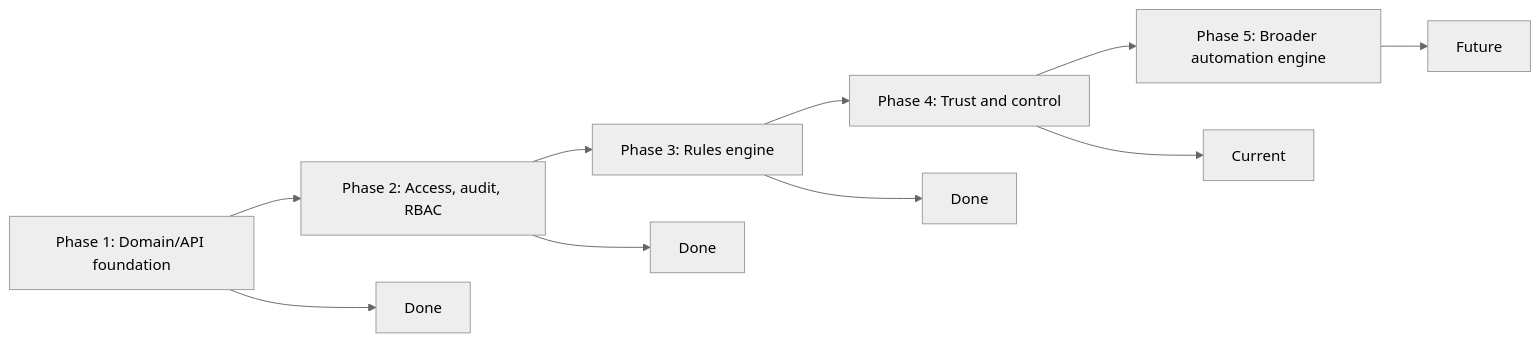
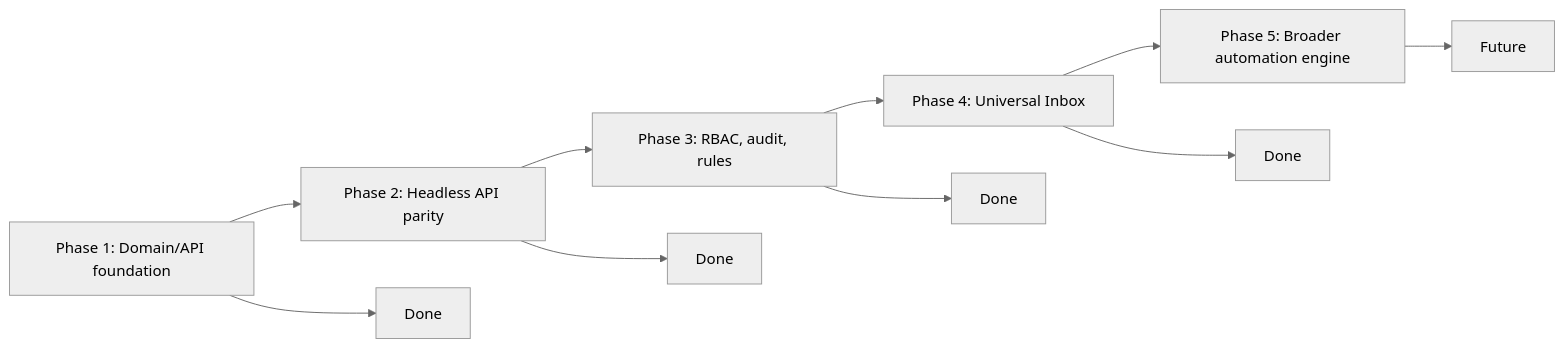
Diagram 14 of 14 in docs/PERSONS_ARCHITECTURE.md (josephdfryer/life-os), drawn with Mermaid (neutral theme) before and after one commit. The commit also changed other lines of this file and 12 other files, not shown here.

First line of the commit message:
feat: universal inbox — stageRecord command, itemType field, POST /api/v1/inbox

````diff
--- a/docs/PERSONS_ARCHITECTURE.md
+++ b/docs/PERSONS_ARCHITECTURE.md
@@ -356,13 +374,13 @@
 ```mermaid
 flowchart LR
-  P1["Phase 1: Domain/API foundation"] --> P2["Phase 2: Access, audit, RBAC"]
-  P2 --> P3["Phase 3: Rules engine"]
-  P3 --> P4["Phase 4: Trust and control"]
+  P1["Phase 1: Domain/API foundation"] --> P2["Phase 2: Headless API parity"]
+  P2 --> P3["Phase 3: RBAC, audit, rules"]
+  P3 --> P4["Phase 4: Universal Inbox"]
   P4 --> P5["Phase 5: Broader automation engine"]
 
   P1 --> Done1["Done"]
   P2 --> Done2["Done"]
   P3 --> Done3["Done"]
-  P4 --> Now["Current"]
+  P4 --> Done4["Done"]
   P5 --> Future["Future"]
 ```
````
